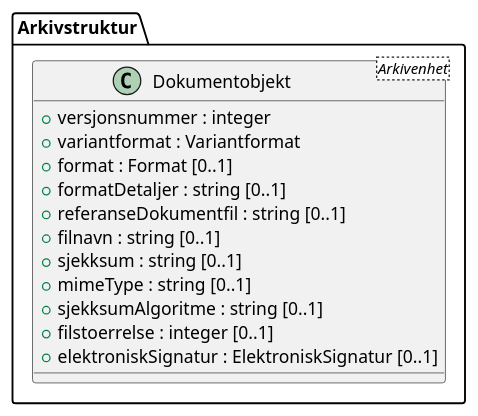
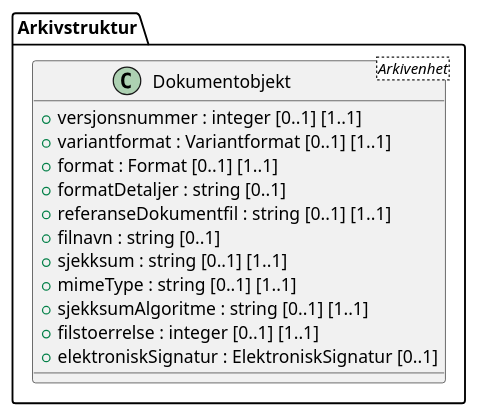
Before and after one commit to arkivverket/noark5-tjenestegrensesnitt-standard: the diagram in kapitler/media/uml-class-dokumentobjekt.iuml, drawn with PlantUML. The commit also changed 91 other files, not shown here.

```diff
--- a/kapitler/media/uml-class-dokumentobjekt.iuml
+++ b/kapitler/media/uml-class-dokumentobjekt.iuml
@@ -1,15 +1,15 @@
 @startuml
 class Arkivstruktur.Dokumentobjekt <Arkivenhet> {
-  +versjonsnummer : integer
-  +variantformat : Variantformat
-  +format : Format [0..1]
+  +versjonsnummer : integer [0..1] [1..1]
+  +variantformat : Variantformat [0..1] [1..1]
+  +format : Format [0..1] [1..1]
   +formatDetaljer : string [0..1]
-  +referanseDokumentfil : string [0..1]
+  +referanseDokumentfil : string [0..1] [1..1]
   +filnavn : string [0..1]
-  +sjekksum : string [0..1]
-  +mimeType : string [0..1]
-  +sjekksumAlgoritme : string [0..1]
-  +filstoerrelse : integer [0..1]
+  +sjekksum : string [0..1] [1..1]
+  +mimeType : string [0..1] [1..1]
+  +sjekksumAlgoritme : string [0..1] [1..1]
+  +filstoerrelse : integer [0..1] [1..1]
   +elektroniskSignatur : ElektroniskSignatur [0..1]
 }
 @enduml
```
